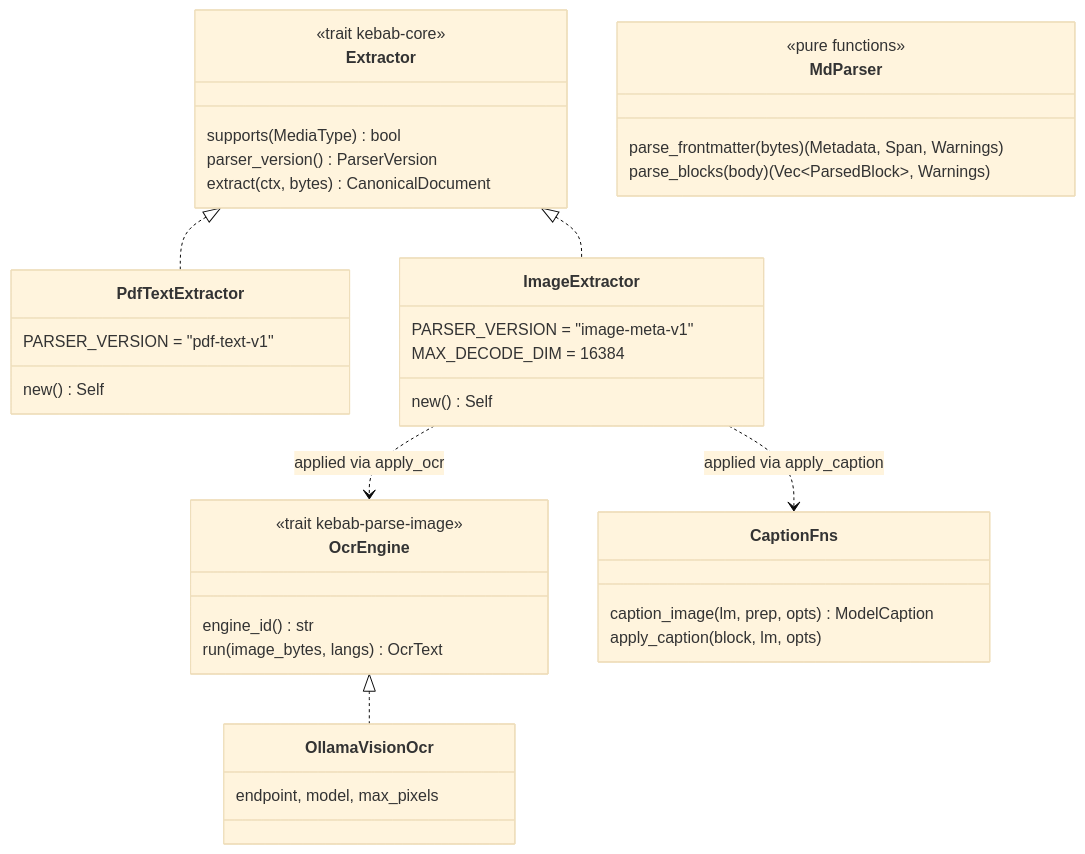
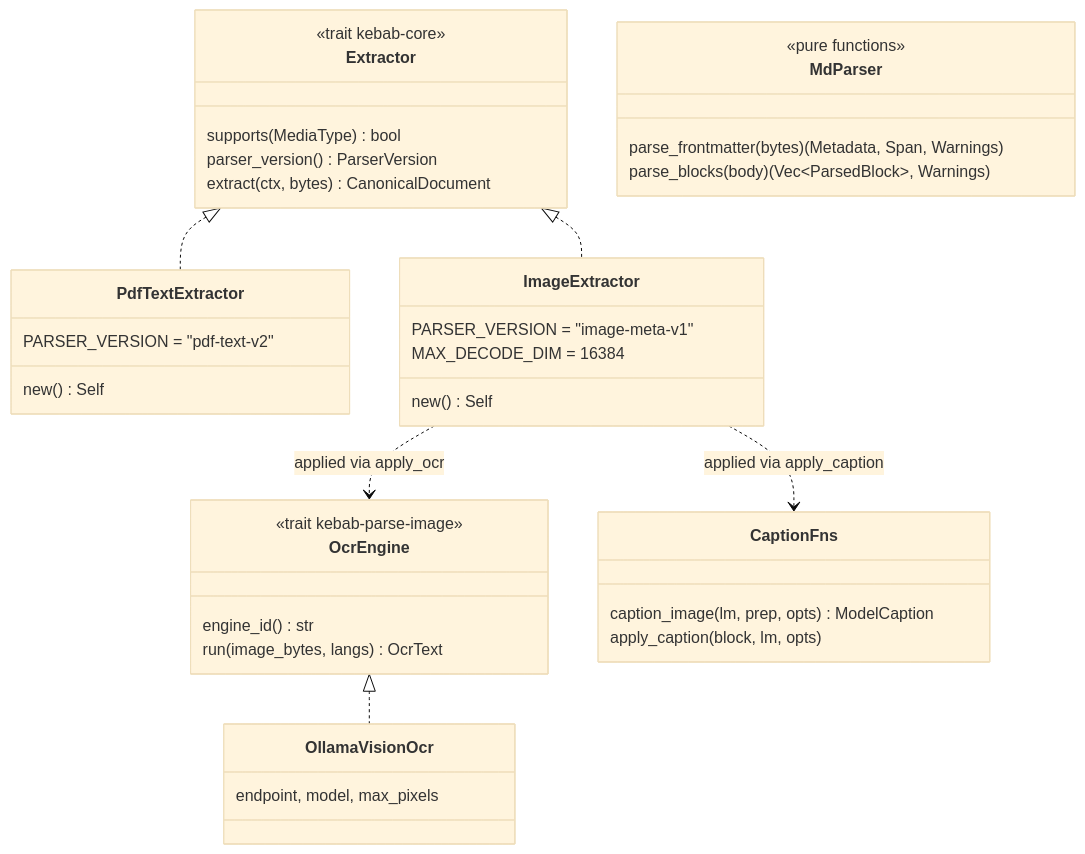
Before and after one commit to altair823/kebab: the first of 2 diagrams in docs/components/parse/README.md, drawn with Mermaid (base theme). The commit also changed other lines of this file and 13 other files, not shown here.

````diff
--- a/docs/components/parse/README.md
+++ b/docs/components/parse/README.md
@@ -15,40 +15,40 @@
 ```mermaid
 classDiagram
     class Extractor {
         <<trait kebab-core>>
         supports(MediaType) bool
         parser_version() ParserVersion
         extract(ctx, bytes) CanonicalDocument
     }
     class MdParser {
         <<pure functions>>
         parse_frontmatter(bytes) (Metadata, Span, Warnings)
         parse_blocks(body) (Vec~ParsedBlock~, Warnings)
     }
     class PdfTextExtractor {
-        PARSER_VERSION = "pdf-text-v1"
+        PARSER_VERSION = "pdf-text-v2"
         new() Self
     }
     class ImageExtractor {
         PARSER_VERSION = "image-meta-v1"
         MAX_DECODE_DIM = 16384
         new() Self
     }
     class OcrEngine {
         <<trait kebab-parse-image>>
         engine_id() str
         run(image_bytes, langs) OcrText
     }
     class OllamaVisionOcr {
         endpoint, model, max_pixels
     }
     class CaptionFns {
         caption_image(lm, prep, opts) ModelCaption
         apply_caption(block, lm, opts)
     }
     Extractor <|.. PdfTextExtractor
     Extractor <|.. ImageExtractor
     OcrEngine <|.. OllamaVisionOcr
     ImageExtractor ..> OcrEngine : applied via apply_ocr
     ImageExtractor ..> CaptionFns : applied via apply_caption
 ```
````
